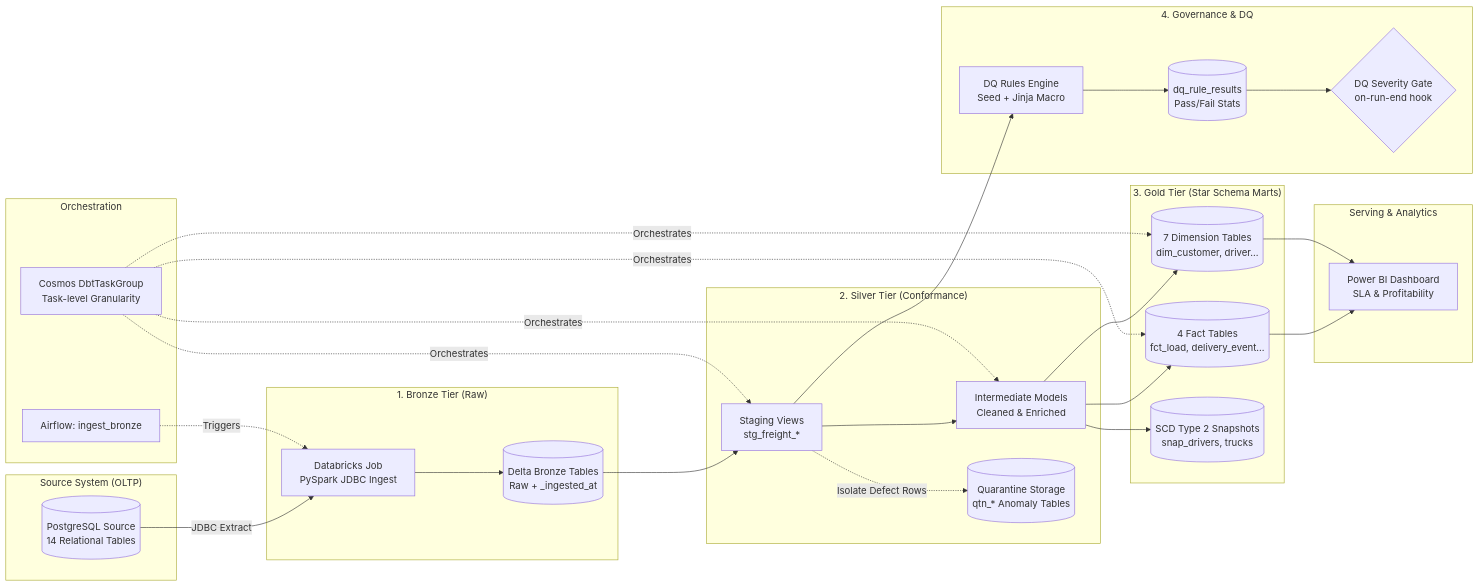
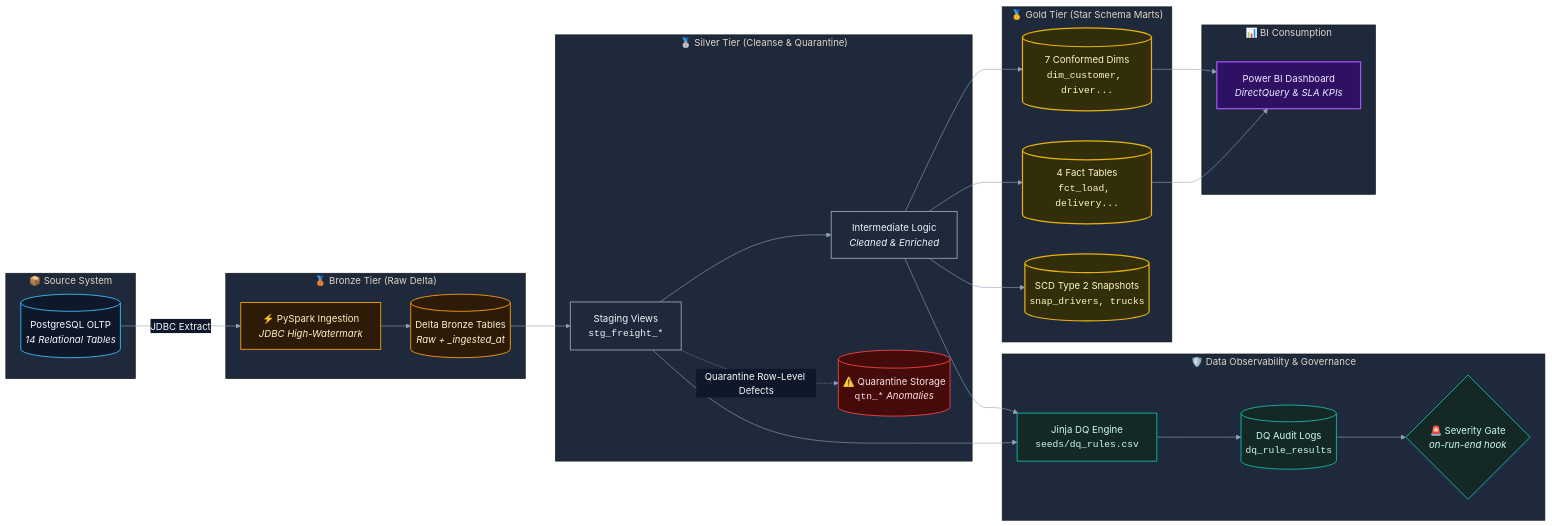
The diagram in README.md (toandatawork/freight-data-platform), drawn with Mermaid before and after one commit. The commit also changed other lines of this file and 2 other files, not shown here.

Commit message:
docs: add responsive dark/light pipeline architecture diagram and modern mermaid

````diff
--- a/README.md
+++ b/README.md
@@ -41,54 +52,83 @@
 ```mermaid
+%%{init: {
+  'theme': 'base',
+  'themeVariables': {
+    'primaryColor': '#1e293b',
+    'primaryTextColor': '#f8fafc',
+    'primaryBorderColor': '#38bdf8',
+    'lineColor': '#94a3b8',
+    'secondaryColor': '#0f172a',
+    'tertiaryColor': '#1e293b',
+    'fontFamily': 'Inter, system-ui, -apple-system, sans-serif'
+  }
+}}%%
+
 flowchart LR
-    subgraph Source["Source System (OLTP)"]
-        GhostDB[("PostgreSQL Source<br/>14 Relational Tables")]
+    %% Subgraphs Definition
+    subgraph Source ["📦 Source System"]
+        GhostDB[("PostgreSQL OLTP<br/><i>14 Relational Tables</i>")]
     end
 
-    subgraph BronzeTier["1. Bronze Tier (Raw)"]
-        SparkJob["Databricks Job<br/>PySpark JDBC Ingest"]
-        DeltaBronze[("Delta Bronze Tables<br/>Raw + _ingested_at")]
+    subgraph BronzeTier ["🥉 Bronze Tier (Raw Delta)"]
+        SparkJob["⚡ PySpark Ingestion<br/><i>JDBC High-Watermark</i>"]
+        DeltaBronze[("Delta Bronze Tables<br/><i>Raw + _ingested_at</i>")]
     end
 
-    subgraph SilverTier["2. Silver Tier (Conformance)"]
-        Staging["Staging Views<br/>stg_freight_*"]
-        Intermediate["Intermediate Models<br/>Cleaned & Enriched"]
-        Quarantine[("Quarantine Storage<br/>qtn_* Anomaly Tables")]
+    subgraph SilverTier ["🥈 Silver Tier (Cleanse & Quarantine)"]
+        Staging["Staging Views<br/><code>stg_freight_*</code>"]
+        Intermediate["Intermediate Logic<br/><i>Cleaned & Enriched</i>"]
+        Quarantine[("⚠️ Quarantine Storage<br/><code>qtn_*</code> <i>Anomalies</i>")]
     end
 
-    subgraph GoldTier["3. Gold Tier (Star Schema Marts)"]
-        Dims[("7 Dimension Tables<br/>dim_customer, driver...")]
-        Facts[("4 Fact Tables<br/>fct_load, delivery_event...")]
-        SCD2[("SCD Type 2 Snapshots<br/>snap_drivers, trucks")]
+    subgraph GoldTier ["🥇 Gold Tier (Star Schema Marts)"]
+        Dims[("7 Conformed Dims<br/><code>dim_customer, driver...</code>")]
+        Facts[("4 Fact Tables<br/><code>fct_load, delivery...</code>")]
+        SCD2[("SCD Type 2 Snapshots<br/><code>snap_drivers, trucks</code>")]
     end
 
-    subgraph ObservabilityTier["4. Governance & DQ"]
-        DQEngine["DQ Rules Engine<br/>Seed + Jinja Macro"]
-        DQResults[("dq_rule_results<br/>Pass/Fail Stats")]
-        SeverityGate{"DQ Severity Gate<br/>on-run-end hook"}
+    subgraph ObsTier ["🛡️ Data Observability & Governance"]
+        DQEngine["Jinja DQ Engine<br/><code>seeds/dq_rules.csv</code>"]
+        DQResults[("DQ Audit Logs<br/><code>dq_rule_results</code>")]
+        SeverityGate{"🚨 Severity Gate<br/><i>on-run-end hook</i>"}
     end
 
-    subgraph Orchestration["Orchestration"]
-        AF_Ingest["Airflow: ingest_bronze"]
-        AF_Cosmos["Cosmos DbtTaskGroup<br/>Task-level Granularity"]
+    subgraph Serving ["📊 BI Consumption"]
+        PowerBI["Power BI Dashboard<br/><i>DirectQuery & SLA KPIs</i>"]
     end
 
-    subgraph Consumption["Serving & Analytics"]
-        PowerBI["Power BI Dashboard<br/>SLA & Profitability"]
-    end
-
+    %% Flow Connections
     GhostDB -->|JDBC Extract| SparkJob
     SparkJob --> DeltaBronze
     DeltaBronze --> Staging
     Staging --> Intermediate
-    Staging -.->|Isolate Defect Rows| Quarantine
+    Staging -.->|Quarantine Row-Level Defects| Quarantine
+
     Intermediate --> Dims
     Intermediate --> Facts
     Intermediate --> SCD2
+
     Staging --> DQEngine
+    Intermediate --> DQEngine
     DQEngine --> DQResults
     DQResults --> SeverityGate
-    AF_Ingest -.->|Triggers| SparkJob
-    AF_Cosmos -.->|Orchestrates| Staging & Intermediate & Dims & Facts
+
+    Dims --> PowerBI
     Facts --> PowerBI
-    Dims --> PowerBI
+
+    %% Custom Modern Styling
+    classDef sourceStyle fill:#0f172a,stroke:#38bdf8,stroke-width:1.5px,color:#f8fafc;
+    classDef bronzeStyle fill:#2d1b08,stroke:#f59e0b,stroke-width:1.5px,color:#fef3c7;
+    classDef silverStyle fill:#1e293b,stroke:#94a3b8,stroke-width:1.5px,color:#f1f5f9;
+    classDef goldStyle fill:#312e09,stroke:#eab308,stroke-width:2px,color:#fef9c3;
+    classDef obsStyle fill:#142926,stroke:#14b8a6,stroke-width:1.5px,color:#ccfbf1;
+    classDef biStyle fill:#2e1065,stroke:#a855f7,stroke-width:2px,color:#f3e8ff;
+    classDef warnStyle fill:#450a0a,stroke:#ef4444,stroke-width:1.5px,color:#fee2e2;
+
+    class GhostDB sourceStyle;
+    class SparkJob,DeltaBronze bronzeStyle;
+    class Staging,Intermediate silverStyle;
+    class Quarantine warnStyle;
+    class Dims,Facts,SCD2 goldStyle;
+    class DQEngine,DQResults,SeverityGate obsStyle;
+    class PowerBI biStyle;
 ```
````
